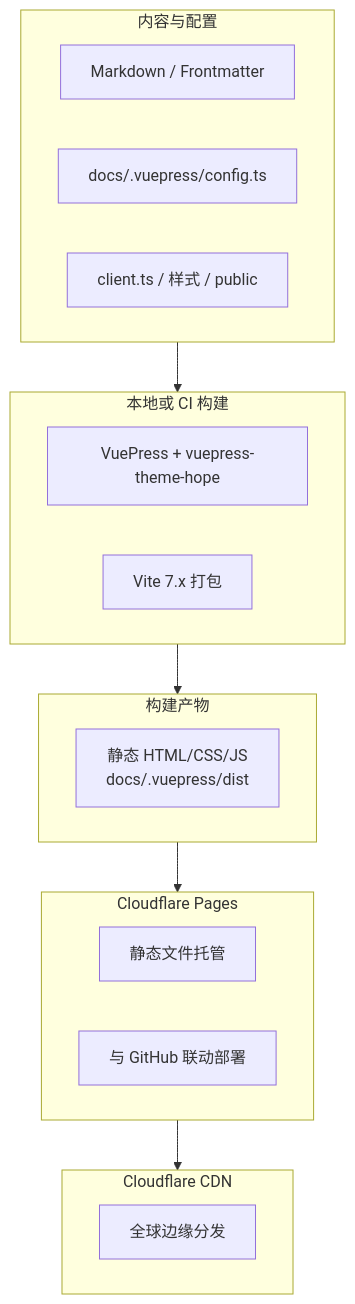
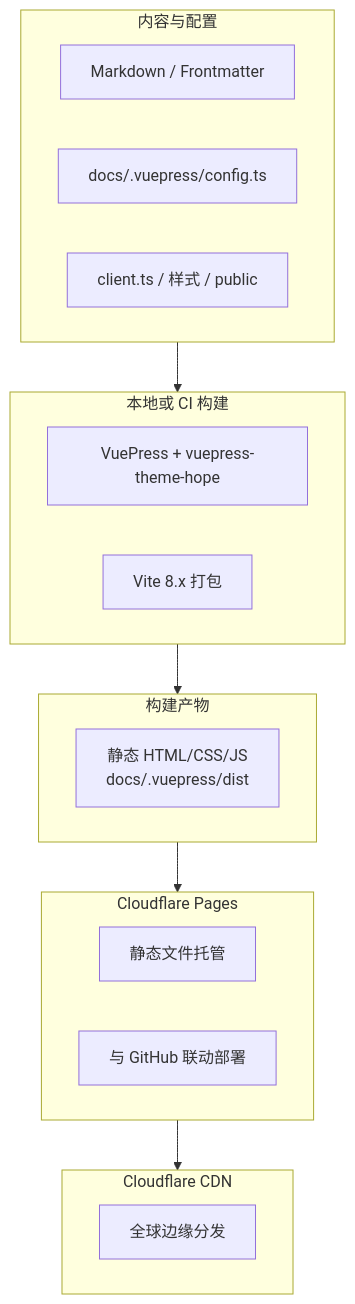
The first of 2 diagrams in docs/_posts/blog-tech-architecture.md (zhaofutao04/zblog), drawn with Mermaid before and after one commit. The commit also changed other lines of this file and 38 other files, not shown here.

````diff
--- a/docs/_posts/blog-tech-architecture.md
+++ b/docs/_posts/blog-tech-architecture.md
@@ -36,31 +37,31 @@
 ```mermaid
 flowchart TB
     subgraph Source["内容与配置"]
         S1["Markdown / Frontmatter"]
         S2["docs/.vuepress/config.ts"]
         S3["client.ts / 样式 / public"]
     end
 
     subgraph Build["本地或 CI 构建"]
         B1["VuePress + vuepress-theme-hope"]
-        B2["Vite 7.x 打包"]
+        B2["Vite 8.x 打包"]
     end
 
     subgraph Artifact["构建产物"]
         A1["静态 HTML/CSS/JS<br/>docs/.vuepress/dist"]
     end
 
     subgraph Pages["Cloudflare Pages"]
         P1["静态文件托管"]
         P2["与 GitHub 联动部署"]
     end
 
     subgraph CDN["Cloudflare CDN"]
         C1["全球边缘分发"]
     end
 
     Source --> Build
     Build --> Artifact
     Artifact --> Pages
     Pages --> CDN
 ```
````
